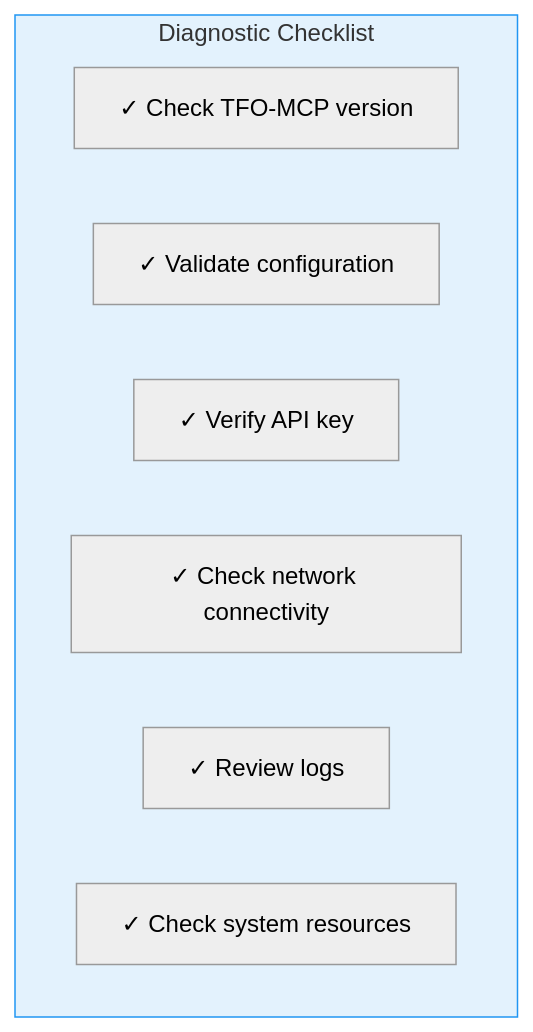
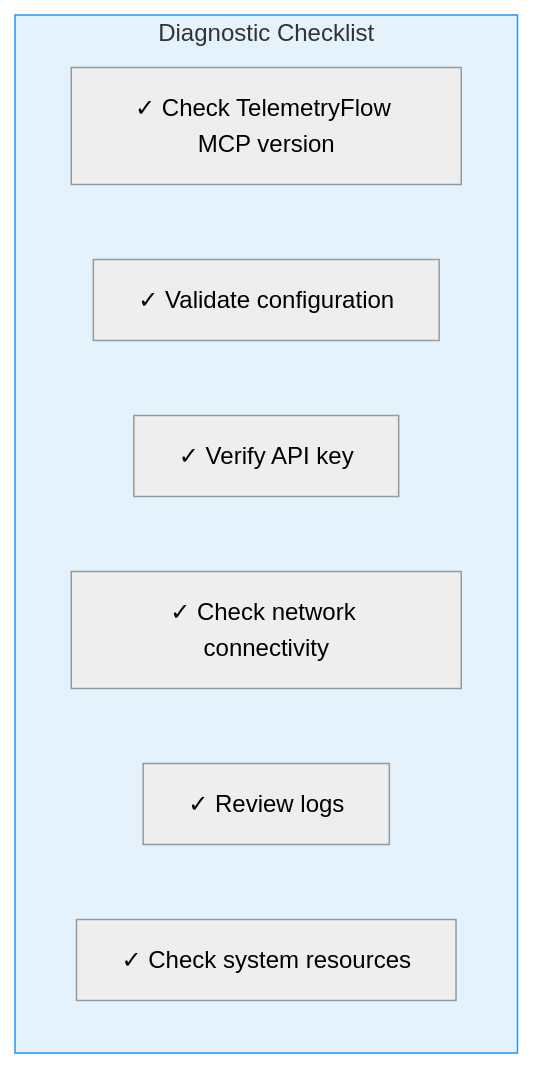
One commit to telemetryflow/telemetryflow-go-mcp changed the second of 11 diagrams in docs/TROUBLESHOOTING.md. Above: the diagram before and after it, drawn with Mermaid (neutral theme). The commit also changed other lines of this file and 65 other files, not shown here.

````diff
--- a/docs/TROUBLESHOOTING.md
+++ b/docs/TROUBLESHOOTING.md
@@ -68,13 +68,13 @@
 ```mermaid
 flowchart TB
     subgraph Checklist["Diagnostic Checklist"]
-        C1["✓ Check TFO-MCP version"]
+        C1["✓ Check TelemetryFlow MCP version"]
         C2["✓ Validate configuration"]
         C3["✓ Verify API key"]
         C4["✓ Check network connectivity"]
         C5["✓ Review logs"]
         C6["✓ Check system resources"]
     end
 
     style Checklist fill:#e3f2fd,stroke:#2196f3
 ```
````
